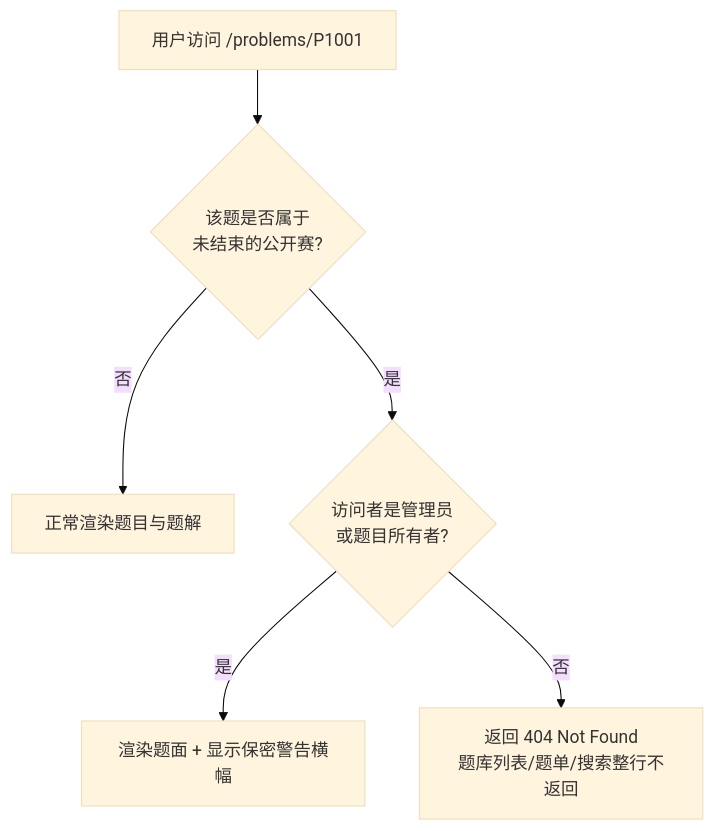
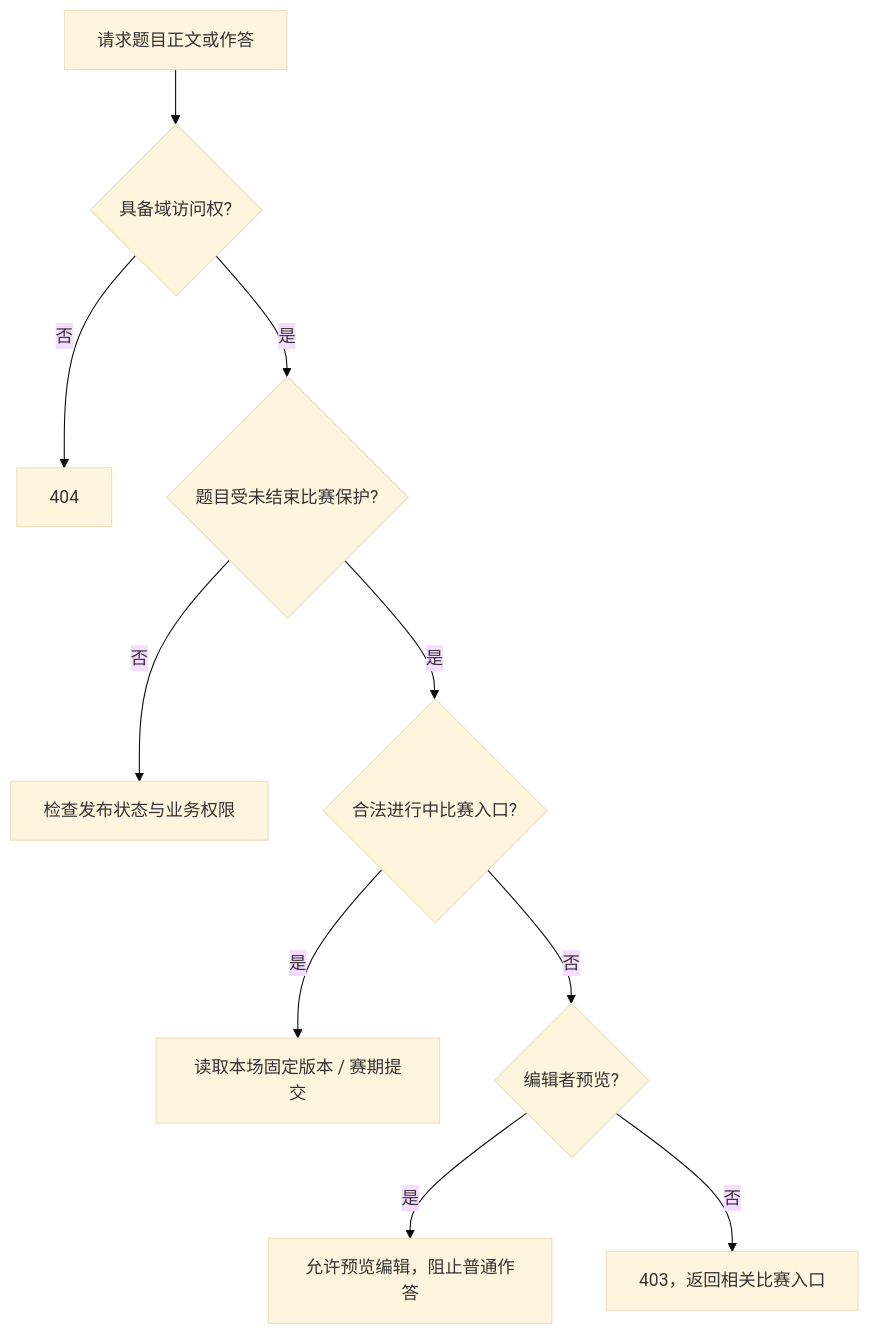
Before and after one commit to Neuro-OJ/neuro-oj: the second of 2 diagrams in noj-docs/docs/features/contests.md, drawn with Mermaid (base theme). The commit also changed other lines of this file and 168 other files, not shown here.

````diff
--- a/noj-docs/docs/features/contests.md
+++ b/noj-docs/docs/features/contests.md
@@ -71,8 +74,12 @@
 ```mermaid
 flowchart TD
-    Req[用户访问 /problems/P1001] --> CheckInContest{该题是否属于<br>未结束的公开赛?}
-    CheckInContest -- 否 --> ShowProblem[正常渲染题目与题解]
-    CheckInContest -- 是 --> CheckRole{访问者是管理员<br>或题目所有者?}
-    CheckRole -- 是 --> ShowWarn[渲染题面 + 显示保密警告横幅]
-    CheckRole -- 否 --> Block[返回 404 Not Found<br>题库列表/题单/搜索整行不返回]
+    A[请求题目正文或作答] --> B{具备域访问权?}
+    B -- 否 --> C[404]
+    B -- 是 --> D{题目受未结束比赛保护?}
+    D -- 否 --> E[检查发布状态与业务权限]
+    D -- 是 --> F{合法进行中比赛入口?}
+    F -- 是 --> G[读取本场固定版本 / 赛期提交]
+    F -- 否 --> H{编辑者预览?}
+    H -- 是 --> I[允许预览编辑，阻止普通作答]
+    H -- 否 --> J[403，返回相关比赛入口]
 ```
````
